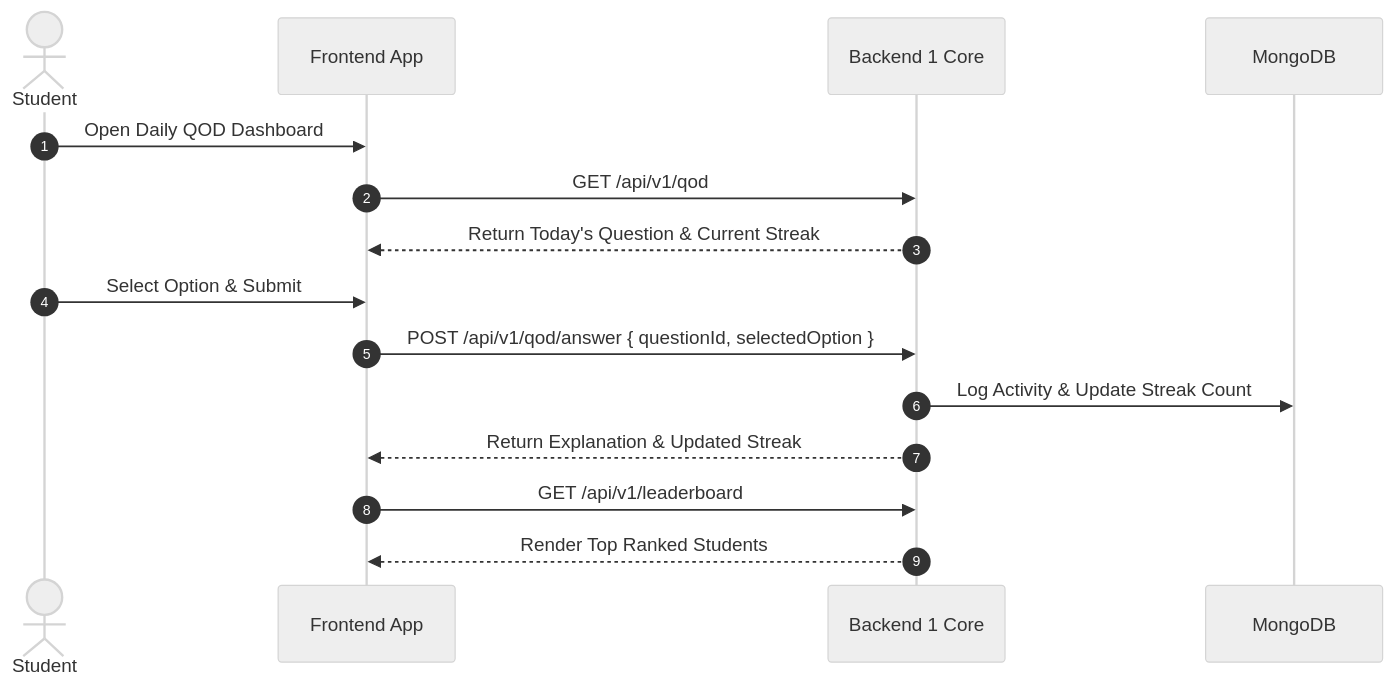
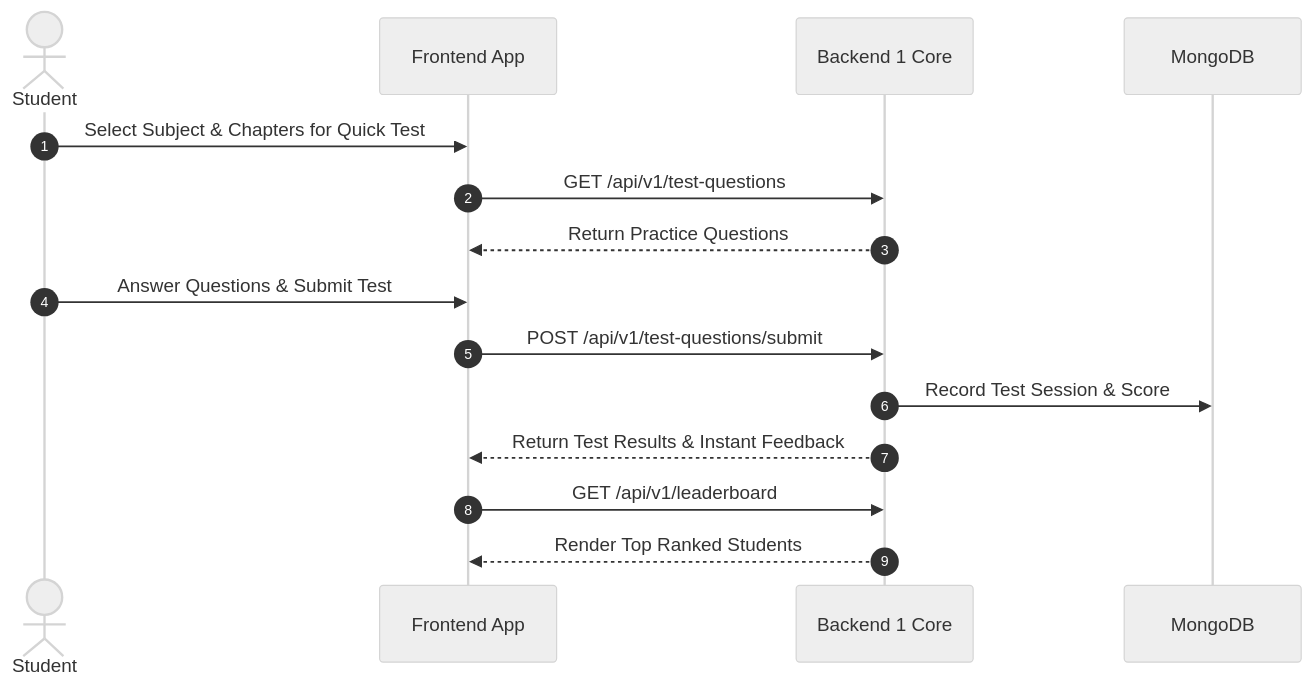
One commit to mbbsnetofficial-commits/mbbs-backend-1 changed the third of 4 diagrams in USER_FLOW.md. Above: the diagram before and after it, drawn with Mermaid (neutral theme). The commit also changed other lines of this file and 16 other files, not shown here.

````diff
--- a/USER_FLOW.md
+++ b/USER_FLOW.md
@@ -52,18 +52,18 @@
 ```mermaid
 sequenceDiagram
     autonumber
     actor Student
     participant UI as Frontend App
     participant API as Backend 1 Core
     participant DB as MongoDB
 
-    Student->>UI: Open Daily QOD Dashboard
-    UI->>API: GET /api/v1/qod
-    API-->>UI: Return Today's Question & Current Streak
-    Student->>UI: Select Option & Submit
-    UI->>API: POST /api/v1/qod/answer { questionId, selectedOption }
-    API->>DB: Log Activity & Update Streak Count
-    API-->>UI: Return Explanation & Updated Streak
+    Student->>UI: Select Subject & Chapters for Quick Test
+    UI->>API: GET /api/v1/test-questions
+    API-->>UI: Return Practice Questions
+    Student->>UI: Answer Questions & Submit Test
+    UI->>API: POST /api/v1/test-questions/submit
+    API->>DB: Record Test Session & Score
+    API-->>UI: Return Test Results & Instant Feedback
     UI->>API: GET /api/v1/leaderboard
     API-->>UI: Render Top Ranked Students
 ```
````
